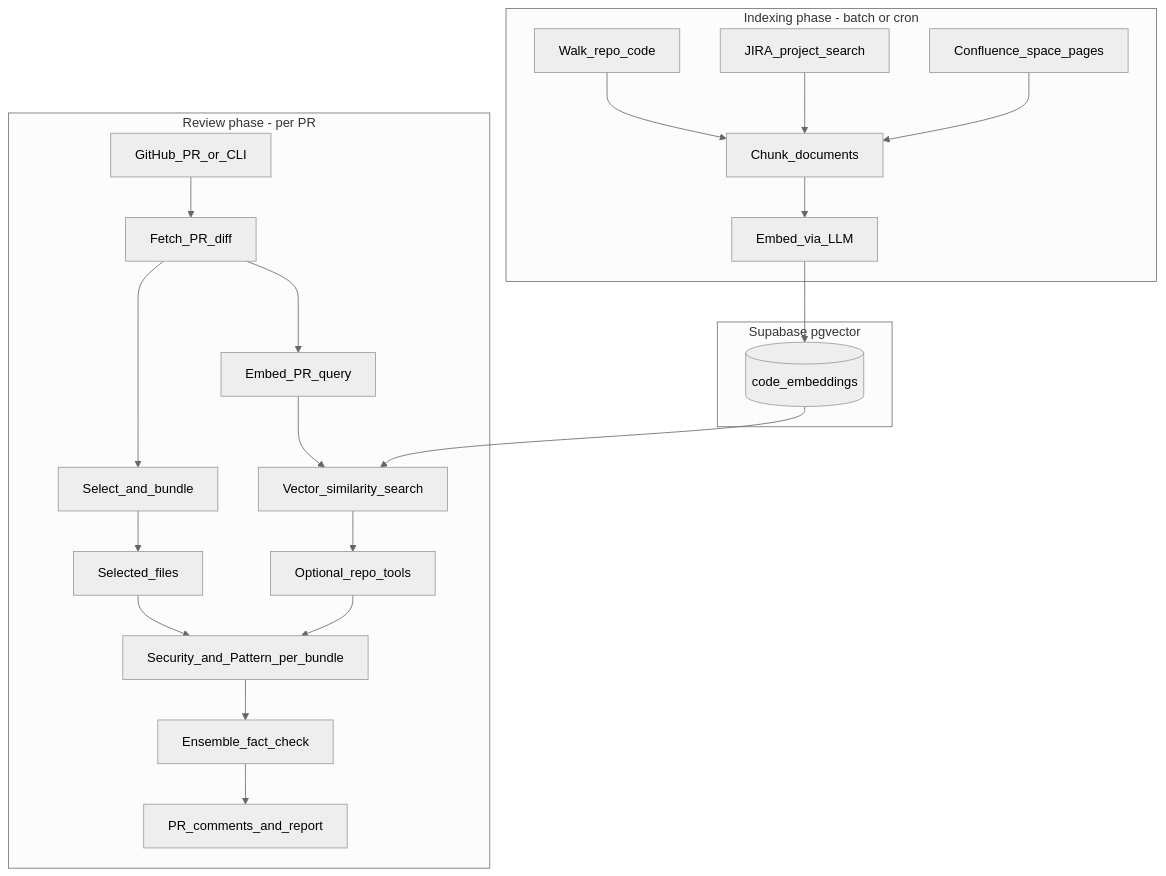
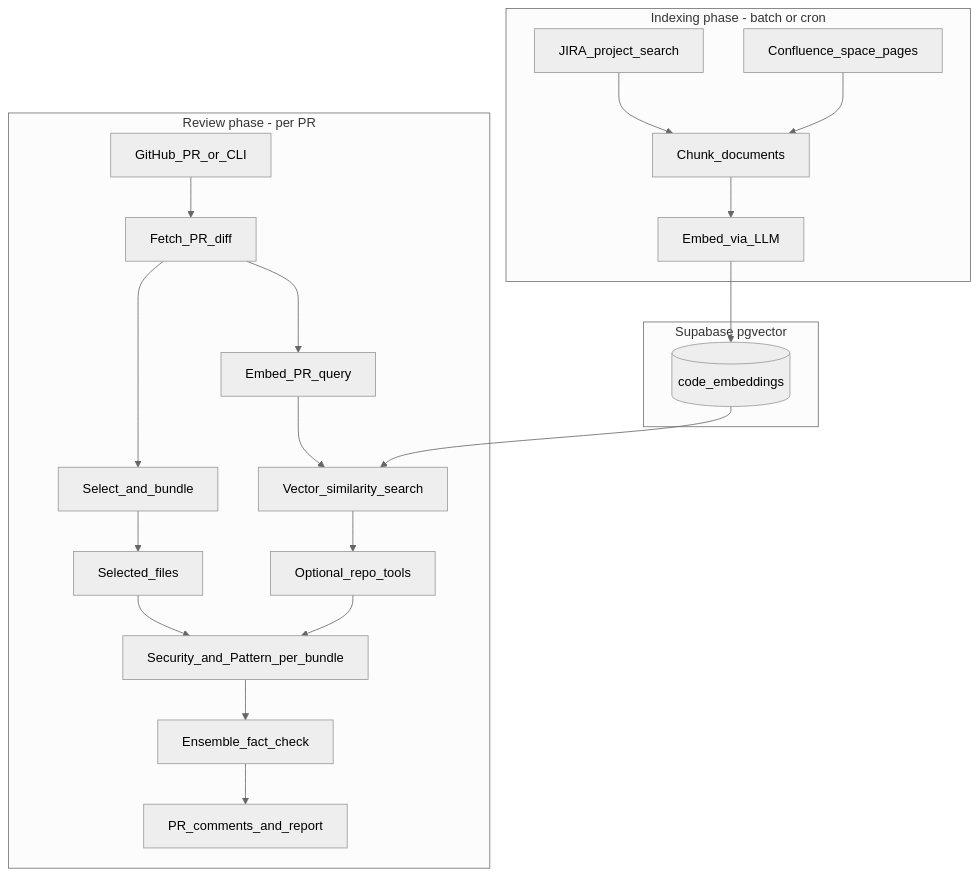
Before and after one commit to cipheraxat/codereviewer_agent: the fourth of 8 diagrams in README.md, drawn with Mermaid (neutral theme). The commit also changed other lines of this file and 11 other files, not shown here.

````diff
--- a/README.md
+++ b/README.md
@@ -74,39 +74,37 @@
 ```mermaid
 flowchart TD
   subgraph indexPhase [Indexing phase - batch or cron]
-    codeWalk[Walk_repo_code]
     jiraBulk[JIRA_project_search]
     confBulk[Confluence_space_pages]
     chunk[Chunk_documents]
     embed[Embed_via_LLM]
   end
 
   subgraph store [Supabase pgvector]
     db[(code_embeddings)]
   end
 
   subgraph reviewPhase [Review phase - per PR]
     prEvent[GitHub_PR_or_CLI]
     ingest[Fetch_PR_diff]
     select[Select_and_bundle]
     changed[Selected_files]
     query[Embed_PR_query]
     search[Vector_similarity_search]
     tools[Optional_repo_tools]
     agents[Security_and_Pattern_per_bundle]
     ensemble[Ensemble_fact_check]
     output[PR_comments_and_report]
   end
 
-  codeWalk --> chunk
   jiraBulk --> chunk
   confBulk --> chunk
   chunk --> embed --> db
 
   prEvent --> ingest --> select --> changed
   ingest --> query --> search
   db --> search
   changed --> agents
   search --> tools --> agents
   agents --> ensemble --> output
 ```
````
